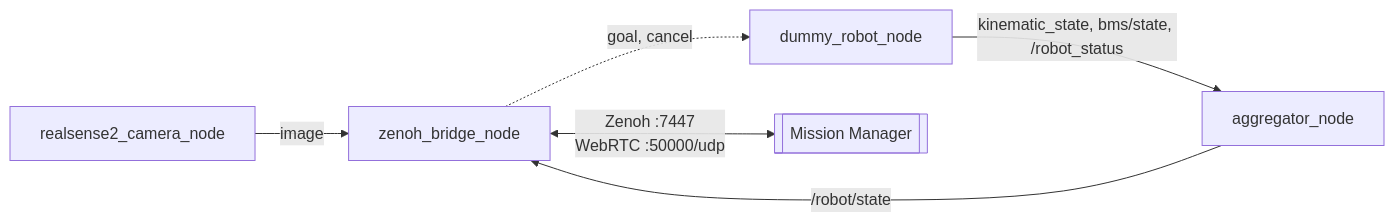
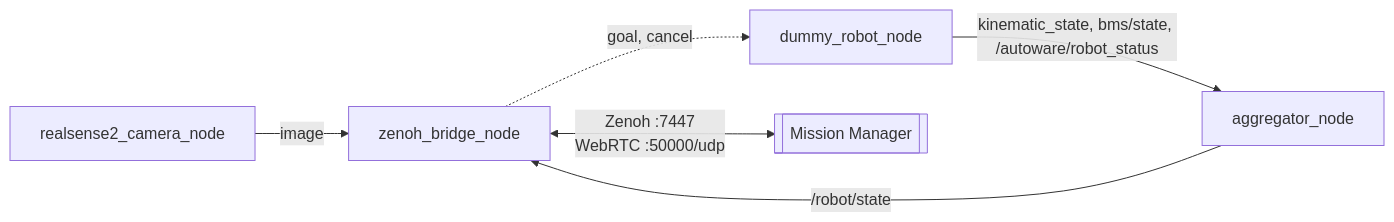
Before and after one commit to patrol-knight/husky: the first of 2 diagrams in experiments/dummy_robot/README.md, drawn with Mermaid. The commit also changed other lines of this file and 4 other files, not shown here.

````diff
--- a/experiments/dummy_robot/README.md
+++ b/experiments/dummy_robot/README.md
@@ -7,8 +7,8 @@
 ```mermaid
 flowchart LR
     Cam["realsense2_camera_node"] -- image --> Bridge
-    Dummy["dummy_robot_node"] -- "kinematic_state, bms/state, /robot_status" --> Agg["aggregator_node"]
+    Dummy["dummy_robot_node"] -- "kinematic_state, bms/state, /autoware/robot_status" --> Agg["aggregator_node"]
     Agg -- "/robot/state" --> Bridge["zenoh_bridge_node"]
     Bridge -. "goal, cancel" .-> Dummy
     Bridge <-- "Zenoh :7447<br/>WebRTC :50000/udp" --> MM[["Mission Manager"]]
 ```
````
